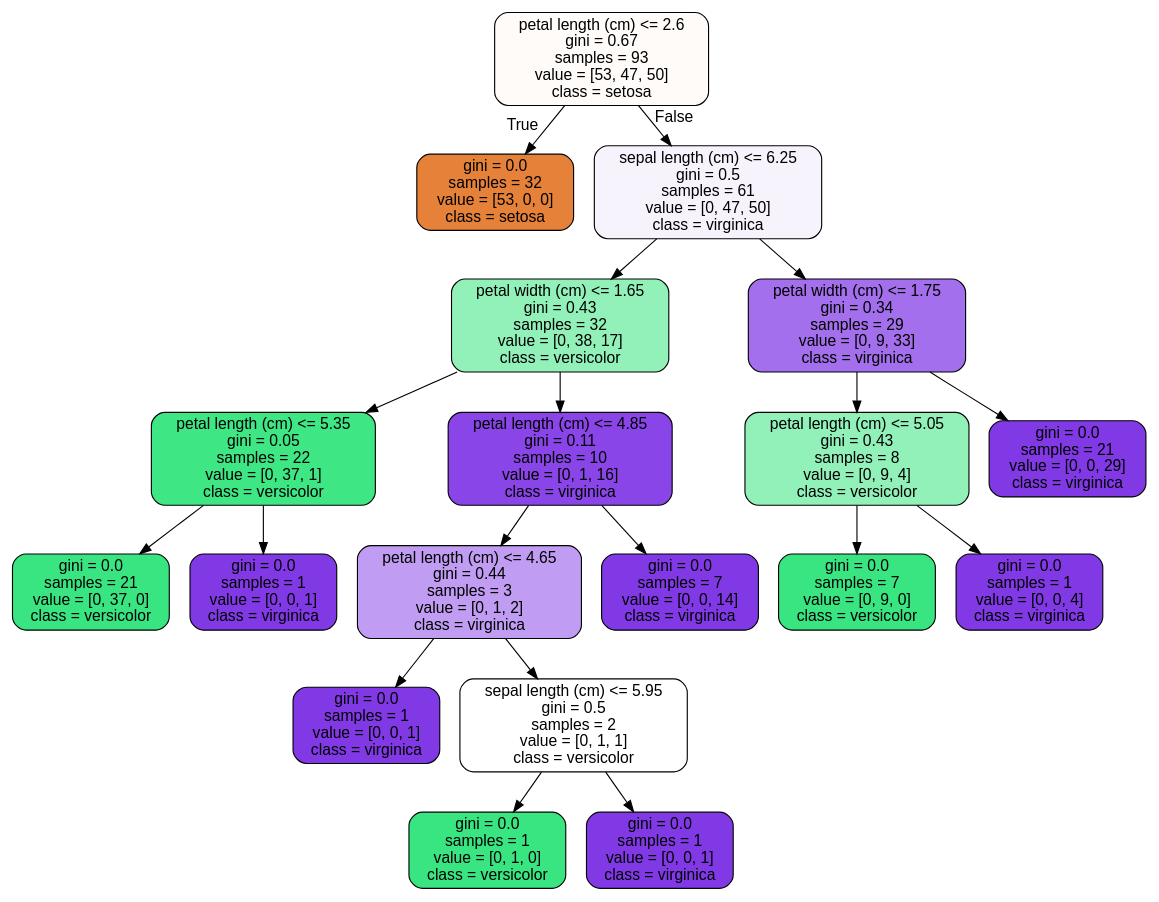
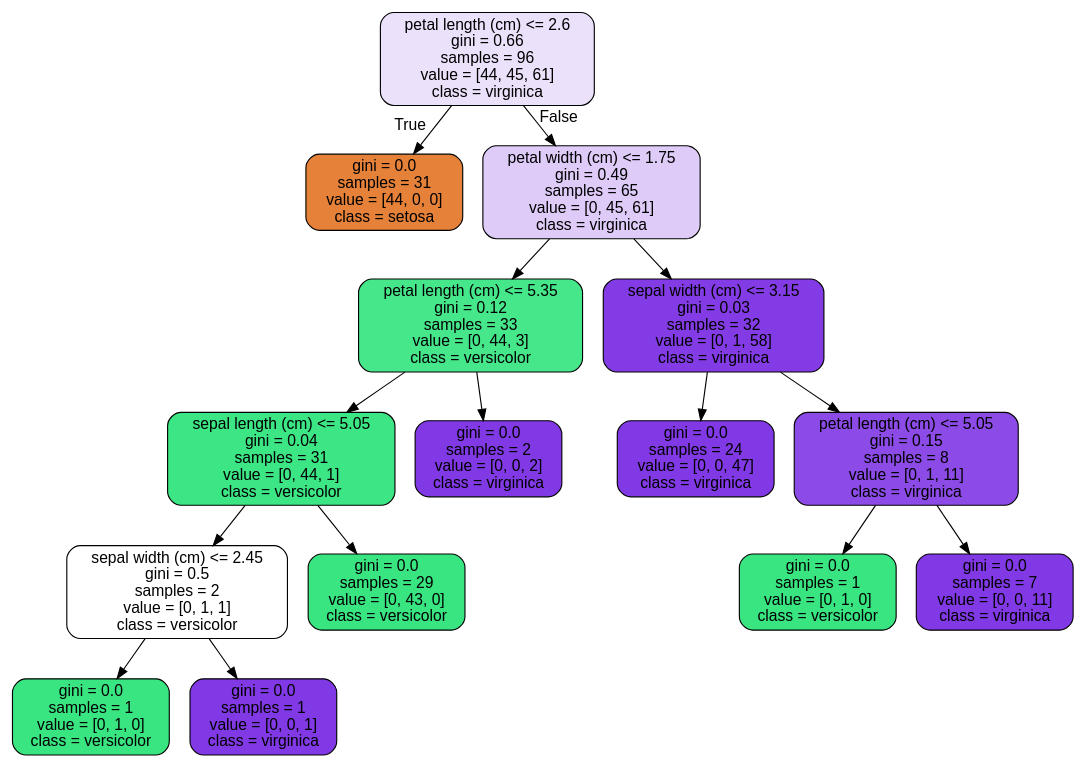
Before and after one commit to benjaminbellman/Springboard: the diagram in RandomForest_Covid_Case_Study/tree.dot, drawn with Graphviz. The commit also changed 5 other files, not shown here.

```diff
--- a/RandomForest_Covid_Case_Study/tree.dot
+++ b/RandomForest_Covid_Case_Study/tree.dot
@@ -1,41 +1,33 @@
 digraph Tree {
 node [shape=box, style="filled, rounded", color="black", fontname="helvetica"] ;
 edge [fontname="helvetica"] ;
-0 [label="petal length (cm) <= 2.6\ngini = 0.67\nsamples = 93\nvalue = [53, 47, 50]\nclass = setosa", fillcolor="#fefbf9"] ;
-1 [label="gini = 0.0\nsamples = 32\nvalue = [53, 0, 0]\nclass = setosa", fillcolor="#e58139"] ;
+0 [label="petal length (cm) <= 2.6\ngini = 0.66\nsamples = 96\nvalue = [44, 45, 61]\nclass = virginica", fillcolor="#ece1fb"] ;
+1 [label="gini = 0.0\nsamples = 31\nvalue = [44, 0, 0]\nclass = setosa", fillcolor="#e58139"] ;
 0 -> 1 [labeldistance=2.5, labelangle=45, headlabel="True"] ;
-2 [label="sepal length (cm) <= 6.25\ngini = 0.5\nsamples = 61\nvalue = [0, 47, 50]\nclass = virginica", fillcolor="#f7f3fd"] ;
+2 [label="petal width (cm) <= 1.75\ngini = 0.49\nsamples = 65\nvalue = [0, 45, 61]\nclass = virginica", fillcolor="#decbf8"] ;
 0 -> 2 [labeldistance=2.5, labelangle=-45, headlabel="False"] ;
-3 [label="petal width (cm) <= 1.65\ngini = 0.43\nsamples = 32\nvalue = [0, 38, 17]\nclass = versicolor", fillcolor="#92f1b9"] ;
+3 [label="petal length (cm) <= 5.35\ngini = 0.12\nsamples = 33\nvalue = [0, 44, 3]\nclass = versicolor", fillcolor="#46e78a"] ;
 2 -> 3 ;
-4 [label="petal length (cm) <= 5.35\ngini = 0.05\nsamples = 22\nvalue = [0, 37, 1]\nclass = versicolor", fillcolor="#3ee684"] ;
+4 [label="sepal length (cm) <= 5.05\ngini = 0.04\nsamples = 31\nvalue = [0, 44, 1]\nclass = versicolor", fillcolor="#3de684"] ;
 3 -> 4 ;
-5 [label="gini = 0.0\nsamples = 21\nvalue = [0, 37, 0]\nclass = versicolor", fillcolor="#39e581"] ;
+5 [label="sepal width (cm) <= 2.45\ngini = 0.5\nsamples = 2\nvalue = [0, 1, 1]\nclass = versicolor", fillcolor="#ffffff"] ;
 4 -> 5 ;
-6 [label="gini = 0.0\nsamples = 1\nvalue = [0, 0, 1]\nclass = virginica", fillcolor="#8139e5"] ;
-4 -> 6 ;
-7 [label="petal length (cm) <= 4.85\ngini = 0.11\nsamples = 10\nvalue = [0, 1, 16]\nclass = virginica", fillcolor="#8945e7"] ;
-3 -> 7 ;
-8 [label="petal length (cm) <= 4.65\ngini = 0.44\nsamples = 3\nvalue = [0, 1, 2]\nclass = virginica", fillcolor="#c09cf2"] ;
-7 -> 8 ;
-9 [label="gini = 0.0\nsamples = 1\nvalue = [0, 0, 1]\nclass = virginica", fillcolor="#8139e5"] ;
-8 -> 9 ;
-10 [label="sepal length (cm) <= 5.95\ngini = 0.5\nsamples = 2\nvalue = [0, 1, 1]\nclass = versicolor", fillcolor="#ffffff"] ;
-8 -> 10 ;
-11 [label="gini = 0.0\nsamples = 1\nvalue = [0, 1, 0]\nclass = versicolor", fillcolor="#39e581"] ;
+6 [label="gini = 0.0\nsamples = 1\nvalue = [0, 1, 0]\nclass = versicolor", fillcolor="#39e581"] ;
+5 -> 6 ;
+7 [label="gini = 0.0\nsamples = 1\nvalue = [0, 0, 1]\nclass = virginica", fillcolor="#8139e5"] ;
+5 -> 7 ;
+8 [label="gini = 0.0\nsamples = 29\nvalue = [0, 43, 0]\nclass = versicolor", fillcolor="#39e581"] ;
+4 -> 8 ;
+9 [label="gini = 0.0\nsamples = 2\nvalue = [0, 0, 2]\nclass = virginica", fillcolor="#8139e5"] ;
+3 -> 9 ;
+10 [label="sepal width (cm) <= 3.15\ngini = 0.03\nsamples = 32\nvalue = [0, 1, 58]\nclass = virginica", fillcolor="#833ce5"] ;
+2 -> 10 ;
+11 [label="gini = 0.0\nsamples = 24\nvalue = [0, 0, 47]\nclass = virginica", fillcolor="#8139e5"] ;
 10 -> 11 ;
-12 [label="gini = 0.0\nsamples = 1\nvalue = [0, 0, 1]\nclass = virginica", fillcolor="#8139e5"] ;
+12 [label="petal length (cm) <= 5.05\ngini = 0.15\nsamples = 8\nvalue = [0, 1, 11]\nclass = virginica", fillcolor="#8c4be7"] ;
 10 -> 12 ;
-13 [label="gini = 0.0\nsamples = 7\nvalue = [0, 0, 14]\nclass = virginica", fillcolor="#8139e5"] ;
-7 -> 13 ;
-14 [label="petal width (cm) <= 1.75\ngini = 0.34\nsamples = 29\nvalue = [0, 9, 33]\nclass = virginica", fillcolor="#a36fec"] ;
-2 -> 14 ;
-15 [label="petal length (cm) <= 5.05\ngini = 0.43\nsamples = 8\nvalue = [0, 9, 4]\nclass = versicolor", fillcolor="#91f1b9"] ;
-14 -> 15 ;
-16 [label="gini = 0.0\nsamples = 7\nvalue = [0, 9, 0]\nclass = versicolor", fillcolor="#39e581"] ;
-15 -> 16 ;
-17 [label="gini = 0.0\nsamples = 1\nvalue = [0, 0, 4]\nclass = virginica", fillcolor="#8139e5"] ;
-15 -> 17 ;
-18 [label="gini = 0.0\nsamples = 21\nvalue = [0, 0, 29]\nclass = virginica", fillcolor="#8139e5"] ;
-14 -> 18 ;
+13 [label="gini = 0.0\nsamples = 1\nvalue = [0, 1, 0]\nclass = versicolor", fillcolor="#39e581"] ;
+12 -> 13 ;
+14 [label="gini = 0.0\nsamples = 7\nvalue = [0, 0, 11]\nclass = virginica", fillcolor="#8139e5"] ;
+12 -> 14 ;
 }
```
